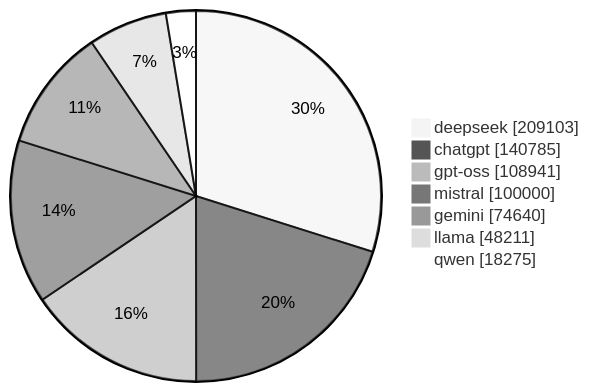
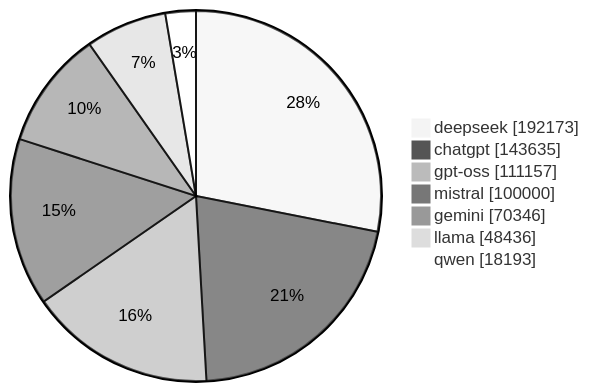
The diagram in data/readmes/gqgs__llm100kbench.md (zqf20096327/ai_collect), drawn with Mermaid (neutral theme) before and after one commit. The commit also changed other lines of this file and 2035 other files, not shown here.

````diff
--- a/data/readmes/gqgs__llm100kbench.md
+++ b/data/readmes/gqgs__llm100kbench.md
@@ -50,10 +50,10 @@
 ```mermaid
 pie showData
-    "deepseek" : 209103
-    "chatgpt" : 140785
-    "gpt-oss" : 108941
+    "deepseek" : 192173
+    "chatgpt" : 143635
+    "gpt-oss" : 111157
     "mistral" : 100000
-    "gemini" : 74640
-    "llama" : 48211
-    "qwen" : 18275
+    "gemini" : 70346
+    "llama" : 48436
+    "qwen" : 18193
 ```
````
